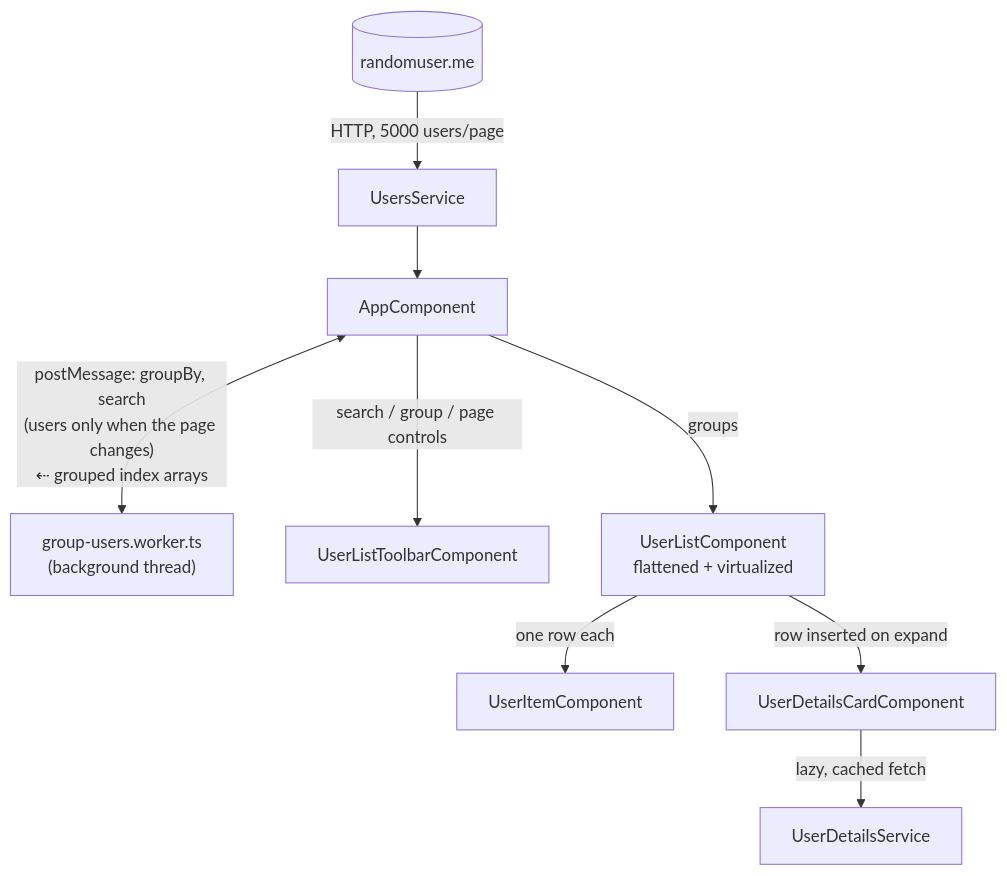
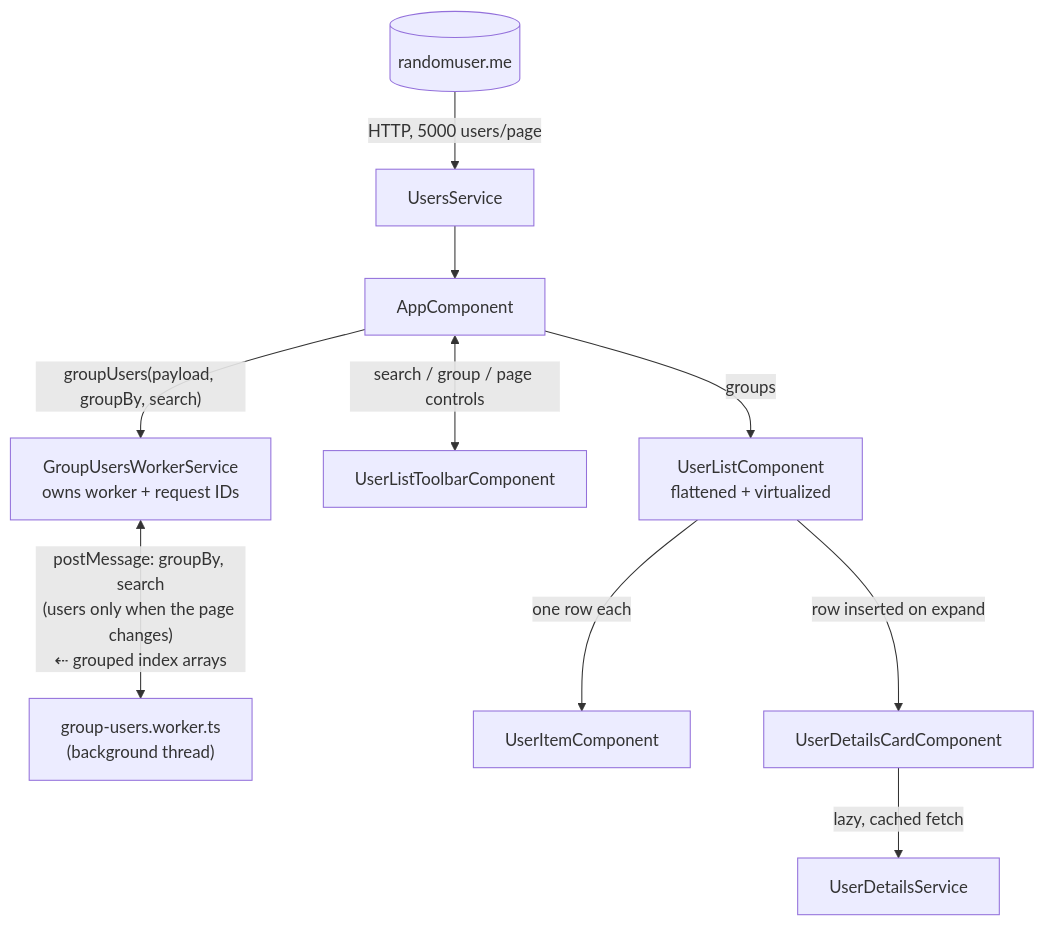
Before and after one commit to girls-incode/users-dashboard: the diagram in README.md, drawn with Mermaid. The commit also changed other lines of this file and 15 other files, not shown here.

````diff
--- a/README.md
+++ b/README.md
@@ -20,14 +20,15 @@
 ```mermaid
 flowchart TD
     API[("randomuser.me")] -->|"HTTP, 5000 users/page"| UsersService
     UsersService --> AppComponent
 
-    AppComponent <-->|"postMessage: groupBy, search<br/>(users only when the page changes)<br/>⇠ grouped index arrays"| Worker["group-users.worker.ts<br/>(background thread)"]
+    AppComponent -->|"groupUsers(payload, groupBy, search)"| WorkerService[GroupUsersWorkerService<br/>owns worker + request IDs]
+    WorkerService <-->|"postMessage: groupBy, search<br/>(users only when the page changes)<br/>⇠ grouped index arrays"| Worker["group-users.worker.ts<br/>(background thread)"]
 
-    AppComponent -->|"search / group / page controls"| Toolbar[UserListToolbarComponent]
+    AppComponent <-->|"search / group / page controls"| Toolbar[UserListToolbarComponent]
     AppComponent -->|"groups"| UserList[UserListComponent<br/>flattened + virtualized]
 
     UserList -->|"one row each"| UserItem[UserItemComponent]
     UserList -->|"row inserted on expand"| DetailsCard[UserDetailsCardComponent]
     DetailsCard -->|"lazy, cached fetch"| DetailsService[UserDetailsService]
 ```
````
